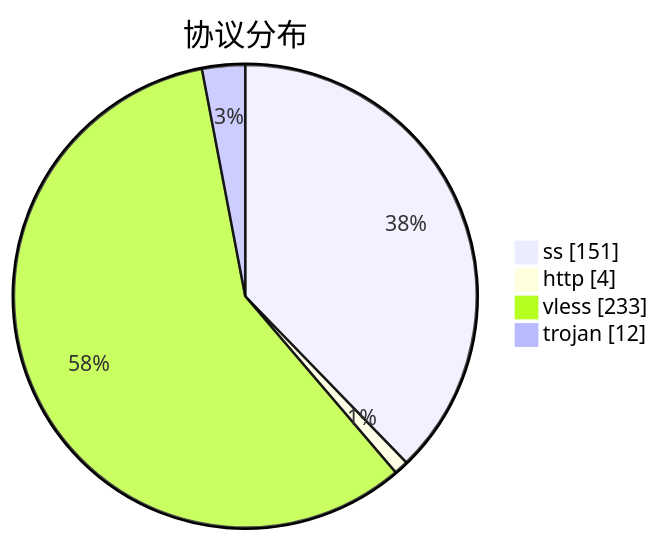
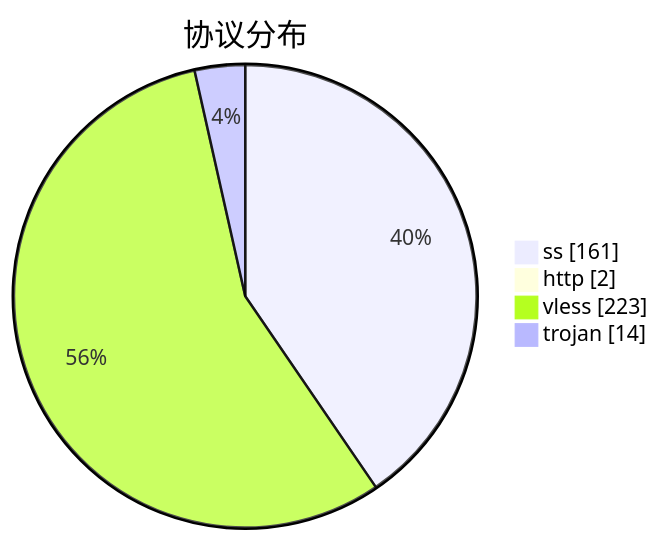
One commit to qjlxg/airport changed the third of 3 diagrams in subs/statistics/tested_within.md. Above: the diagram before and after it, drawn with Mermaid. The commit also changed other lines of this file and 2 other files, not shown here.

````diff
--- a/subs/statistics/tested_within.md
+++ b/subs/statistics/tested_within.md
@@ -18,8 +18,8 @@
 ```mermaid
 pie showData
 title 协议分布
-"ss" : 151
-"http" : 4
-"vless" : 233
-"trojan" : 12
+"ss" : 161
+"http" : 2
+"vless" : 223
+"trojan" : 14
 ```
````
